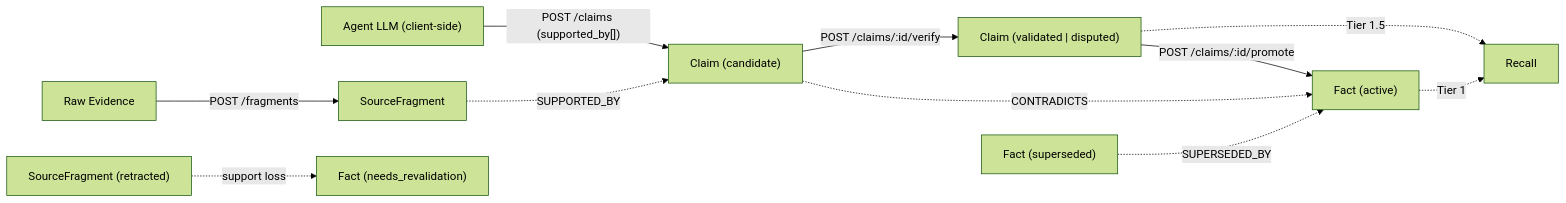
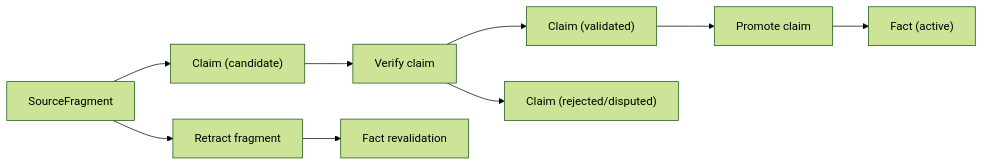
Before and after one commit to Z-M-Huang/dense-mem: the third of 6 diagrams in README.md, drawn with Mermaid (forest theme). The commit also changed other lines of this file and 109 other files, not shown here.

Commit message:
reset runtime and schema to profile-bound model

````diff
--- a/README.md
+++ b/README.md
@@ -145,13 +108,11 @@
 ```mermaid
 flowchart LR
-    Raw["Raw Evidence"] -->|"POST /fragments"| SF["SourceFragment"]
-    Client["Agent LLM (client-side)"] -->|"POST /claims (supported_by[])"| Candidate["Claim (candidate)"]
-    SF -.->|"SUPPORTED_BY"| Candidate
-    Candidate -->|"POST /claims/:id/verify"| Validated["Claim (validated | disputed)"]
-    Validated -->|"POST /claims/:id/promote"| Fact["Fact (active)"]
-    Validated -.->|"Tier 1.5"| Recall
-    Fact -.->|"Tier 1"| Recall
-    Candidate -.->|"CONTRADICTS"| Fact
-    OldFact["Fact (superseded)"] -.->|"SUPERSEDED_BY"| Fact
-    SFX["SourceFragment (retracted)"] -.->|"support loss"| FR["Fact (needs_revalidation)"]
+    Fragment["SourceFragment"] --> Claim["Claim (candidate)"]
+    Claim --> Verify["Verify claim"]
+    Verify --> Validated["Claim (validated)"]
+    Verify --> Rejected["Claim (rejected/disputed)"]
+    Validated --> Promote["Promote claim"]
+    Promote --> Fact["Fact (active)"]
+    Fragment --> Retract["Retract fragment"]
+    Retract --> Revalidate["Fact revalidation"]
 ```
````
